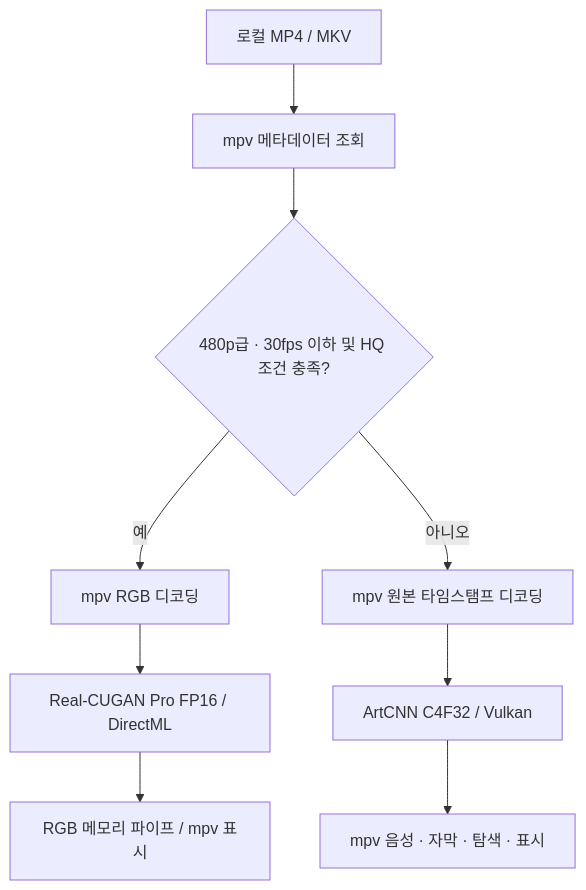
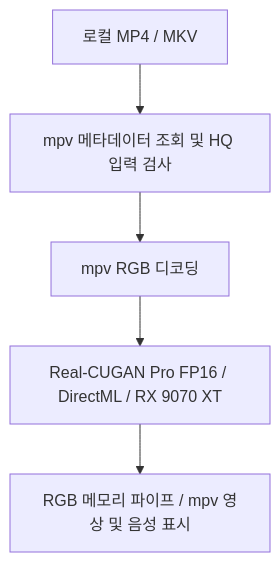
Before and after one commit to KORTibetfox/AniEdge-for-AMD: the diagram in docs/ARCHITECTURE.md, drawn with Mermaid. The commit also changed other lines of this file and 24 other files, not shown here.

First line of the commit message:
Release HQ-only Real-CUGAN Pro FP16 player v0.1.1-preview.1

````diff
--- a/docs/ARCHITECTURE.md
+++ b/docs/ARCHITECTURE.md
@@ -3,11 +3,7 @@
 ```mermaid
 flowchart TD
-    A[로컬 MP4 / MKV] --> B[mpv 메타데이터 조회]
-    B --> C{480p급 · 30fps 이하 및 HQ 조건 충족?}
-    C -->|예| D[mpv RGB 디코딩]
-    D --> E[Real-CUGAN Pro FP16 / DirectML]
-    E --> F[RGB 메모리 파이프 / mpv 표시]
-    C -->|아니오| G[mpv 원본 타임스탬프 디코딩]
-    G --> H[ArtCNN C4F32 / Vulkan]
-    H --> I[mpv 음성 · 자막 · 탐색 · 표시]
+    A[로컬 MP4 / MKV] --> B[mpv 메타데이터 조회 및 HQ 입력 검사]
+    B --> C[mpv RGB 디코딩]
+    C --> D[Real-CUGAN Pro FP16 / DirectML / RX 9070 XT]
+    D --> E[RGB 메모리 파이프 / mpv 영상 및 음성 표시]
 ```
````
